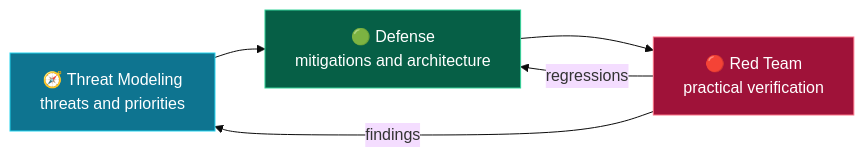
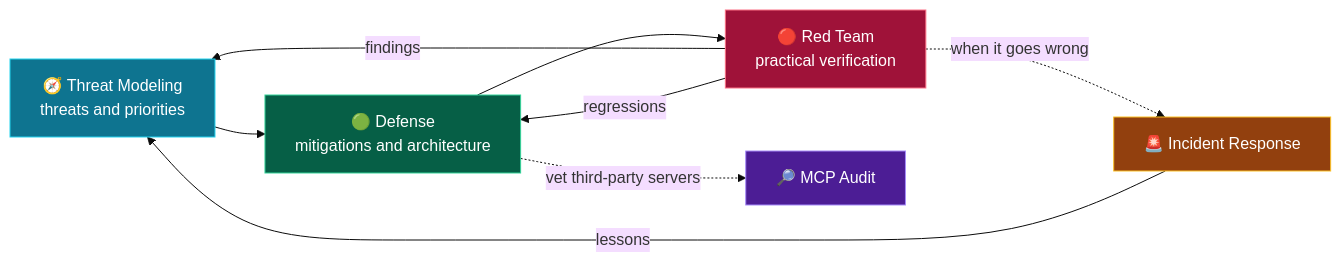
One commit to WaiperOK/ai-agent-security-skills changed the first of 2 diagrams in README.md. Above: the diagram before and after it, drawn with Mermaid (base theme). The commit also changed other lines of this file and 5 other files, not shown here.

````diff
--- a/README.md
+++ b/README.md
@@ -36,10 +39,15 @@
 ```mermaid
 flowchart LR
   TM["🧭 Threat Modeling<br/>threats and priorities"] --> DF["🟢 Defense<br/>mitigations and architecture"]
   DF --> RT["🔴 Red Team<br/>practical verification"]
   RT -->|findings| TM
   RT -->|regressions| DF
+  DF -.->|vet third-party servers| MA["🔎 MCP Audit"]
+  RT -.->|when it goes wrong| IR["🚨 Incident Response"]
+  IR -->|lessons| TM
   style TM fill:#0e7490,stroke:#22d3ee,color:#fff
   style DF fill:#065f46,stroke:#34d399,color:#fff
   style RT fill:#9f1239,stroke:#fb7185,color:#fff
+  style MA fill:#4c1d95,stroke:#a78bfa,color:#fff
+  style IR fill:#92400e,stroke:#fbbf24,color:#fff
 ```
````
